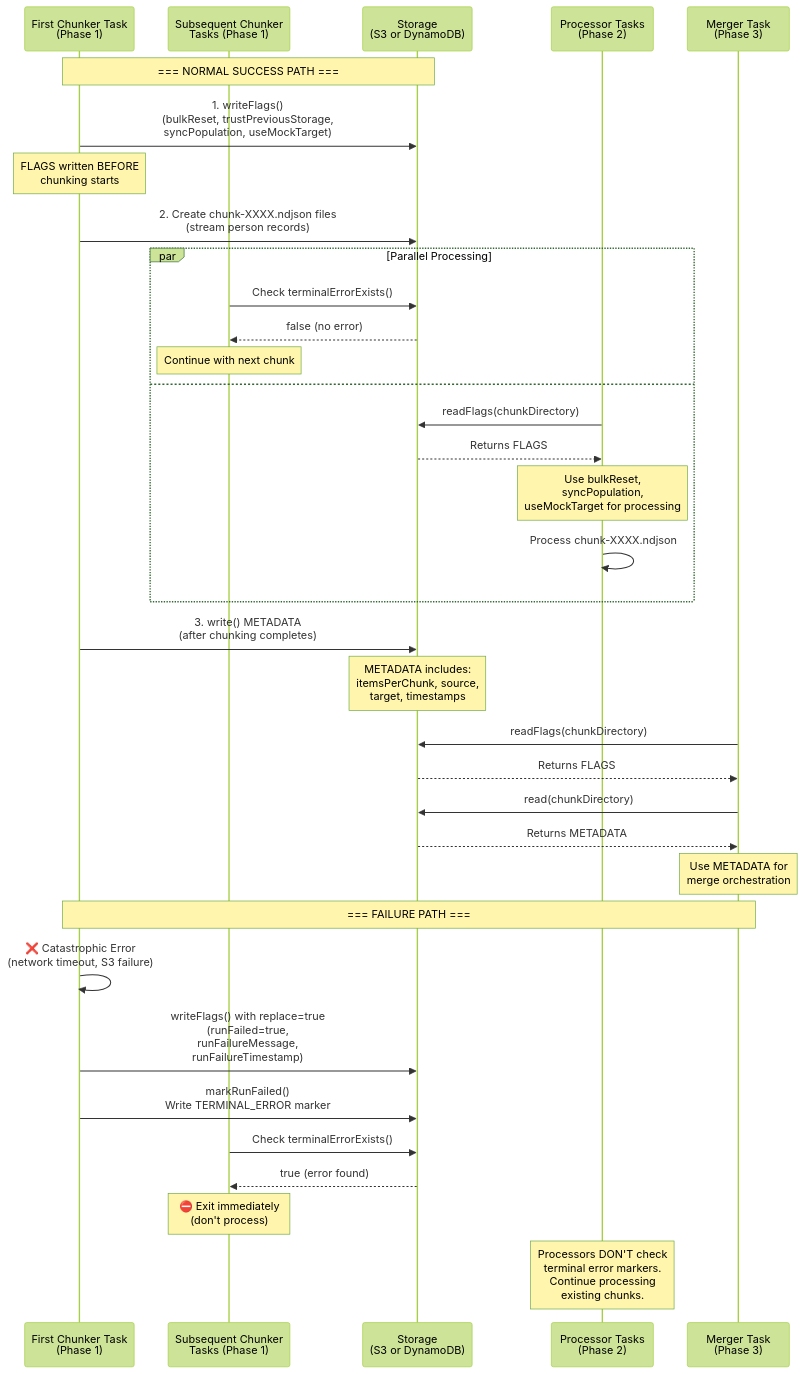
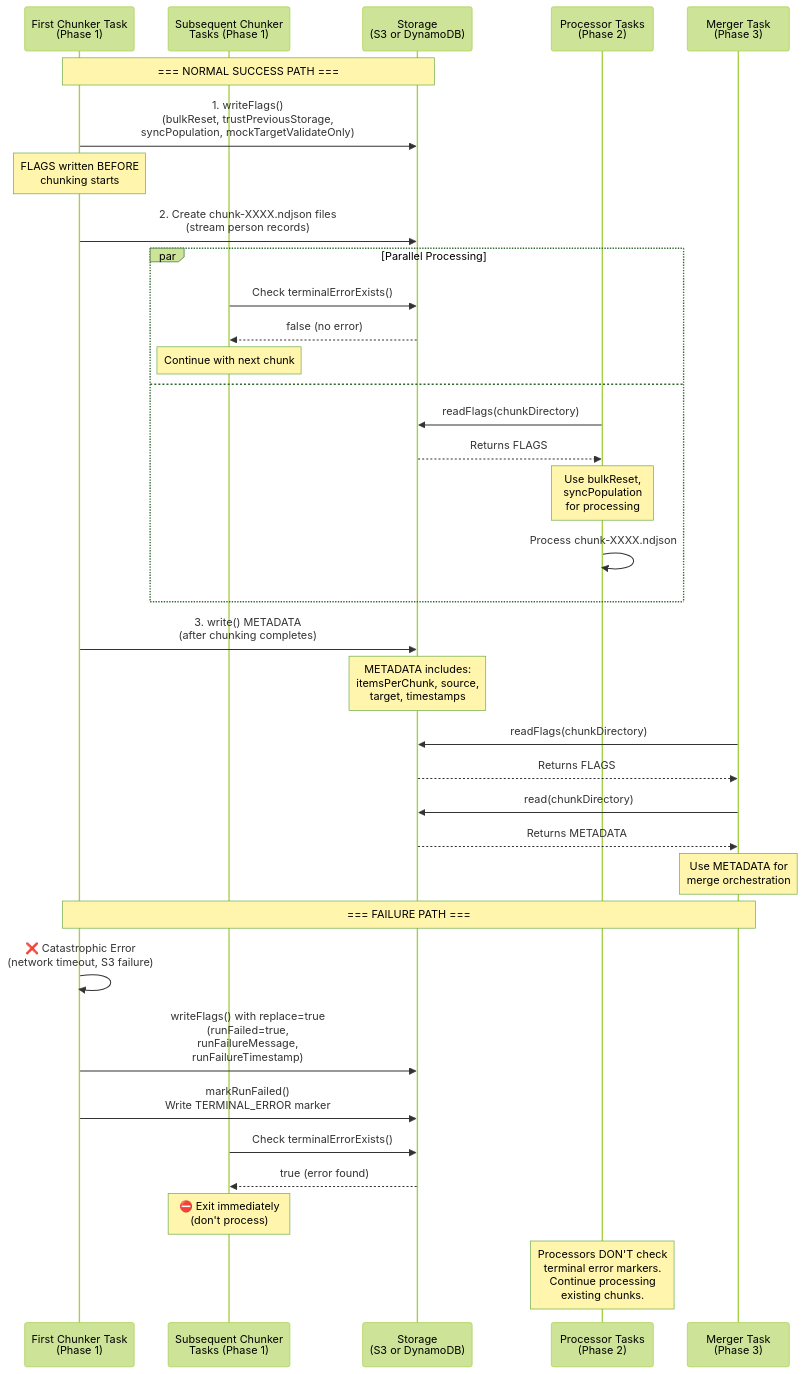
Before and after one commit to whennemuth/integration-huron-person-fargate: the diagram in src/chunking/metadata/README.md, drawn with Mermaid (forest theme). The commit also changed other lines of this file and 53 other files, not shown here.

````diff
--- a/src/chunking/metadata/README.md
+++ b/src/chunking/metadata/README.md
@@ -26,47 +26,47 @@
 ```mermaid
 sequenceDiagram
     participant C1 as First Chunker Task<br/>(Phase 1)
     participant CN as Subsequent Chunker<br/>Tasks (Phase 1)
     participant S as Storage<br/>(S3 or DynamoDB)
     participant P as Processor Tasks<br/>(Phase 2)
     participant M as Merger Task<br/>(Phase 3)
 
     Note over C1,S: === NORMAL SUCCESS PATH ===
     
-    C1->>S: 1. writeFlags()<br/>(bulkReset, trustPreviousStorage,<br/>syncPopulation, useMockTarget)
+    C1->>S: 1. writeFlags()<br/>(bulkReset, trustPreviousStorage,<br/>syncPopulation, mockTargetValidateOnly)
     Note over C1: FLAGS written BEFORE<br/>chunking starts
     
     C1->>S: 2. Create chunk-XXXX.ndjson files<br/>(stream person records)
     
     par Parallel Processing
         CN->>S: Check terminalErrorExists()
         S-->>CN: false (no error)
         Note over CN: Continue with next chunk
     and
         P->>S: readFlags(chunkDirectory)
         S-->>P: Returns FLAGS
-        Note over P: Use bulkReset,<br/>syncPopulation,<br/>useMockTarget for processing
+        Note over P: Use bulkReset,<br/>syncPopulation<br/>for processing
         P->>P: Process chunk-XXXX.ndjson
     end
     
     C1->>S: 3. write() METADATA<br/>(after chunking completes)
     Note over S: METADATA includes:<br/>itemsPerChunk, source,<br/>target, timestamps
 
     M->>S: readFlags(chunkDirectory)
     S-->>M: Returns FLAGS
     M->>S: read(chunkDirectory)
     S-->>M: Returns METADATA
     Note over M: Use METADATA for<br/>merge orchestration
 
     Note over C1,M: === FAILURE PATH ===
     
     C1->>C1: ❌ Catastrophic Error<br/>(network timeout, S3 failure)
     C1->>S: writeFlags() with replace=true<br/>(runFailed=true,<br/>runFailureMessage,<br/>runFailureTimestamp)
     C1->>S: markRunFailed()<br/>Write TERMINAL_ERROR marker
     
     CN->>S: Check terminalErrorExists()
     S-->>CN: true (error found)
     Note over CN: ⛔ Exit immediately<br/>(don't process)
     
     Note over P: Processors DON'T check<br/>terminal error markers.<br/>Continue processing<br/>existing chunks.
 ```
````
